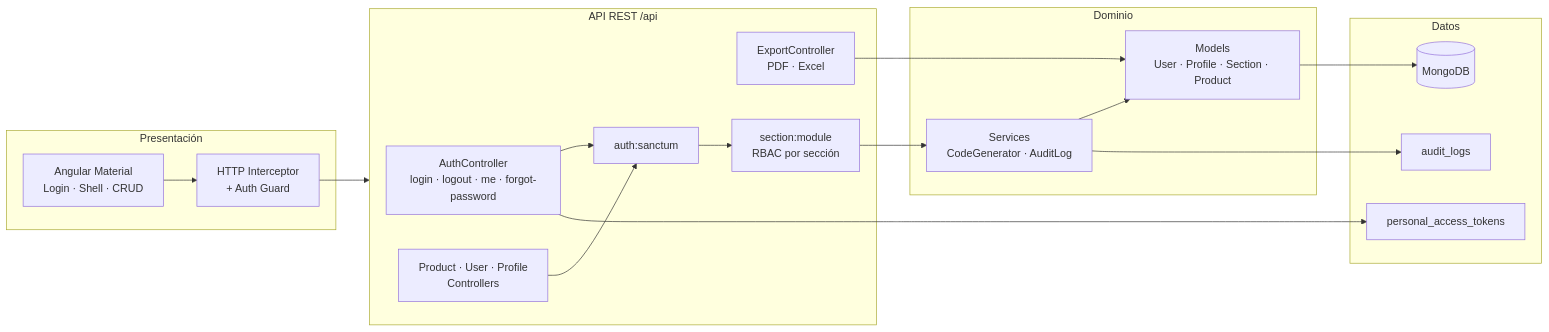
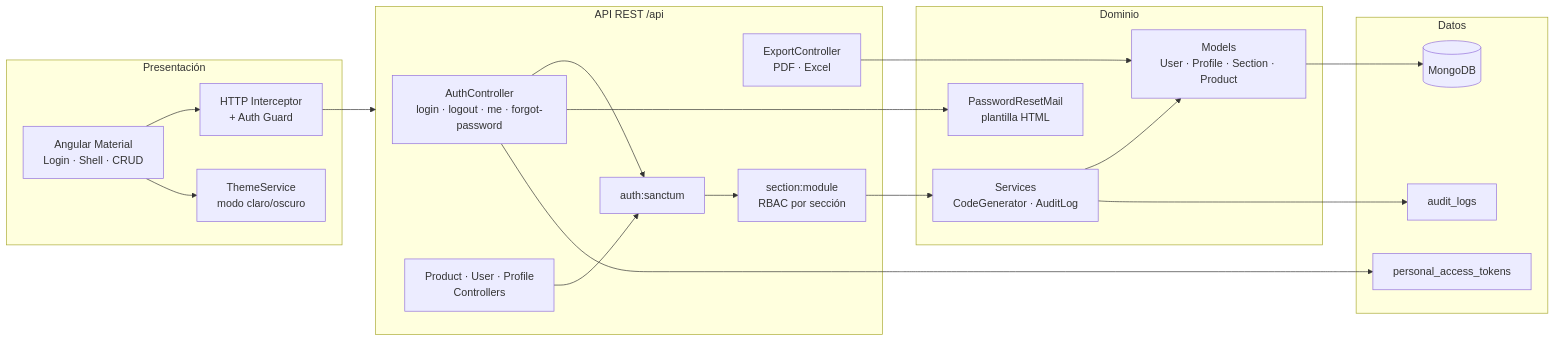
One commit to Migue716/Examen-Tap-Terminal changed the second of 5 diagrams in ARCHITECTURE.md. Above: the diagram before and after it, drawn with Mermaid. The commit also changed other lines of this file, not shown here.

````diff
--- a/ARCHITECTURE.md
+++ b/ARCHITECTURE.md
@@ -58,34 +97,38 @@
 ```mermaid
 flowchart LR
     subgraph Presentación
         UI["Angular Material<br/>Login · Shell · CRUD"]
         INT["HTTP Interceptor<br/>+ Auth Guard"]
+        TH["ThemeService<br/>modo claro/oscuro"]
     end
 
     subgraph API["API REST /api"]
         AUTH["AuthController<br/>login · logout · me · forgot-password"]
         CRUD["Product · User · Profile<br/>Controllers"]
         EXP["ExportController<br/>PDF · Excel"]
         MW1["auth:sanctum"]
         MW2["section:module<br/>RBAC por sección"]
     end
 
     subgraph Dominio
         SVC["Services<br/>CodeGenerator · AuditLog"]
+        MAIL["PasswordResetMail<br/>plantilla HTML"]
         MDL["Models<br/>User · Profile · Section · Product"]
     end
 
     subgraph Datos
         MONGO[(MongoDB)]
         TOK["personal_access_tokens"]
         AUD["audit_logs"]
     end
 
     UI --> INT --> API
+    UI --> TH
     AUTH --> MW1
+    AUTH --> MAIL
     CRUD --> MW1 --> MW2
     MW2 --> SVC --> MDL --> MONGO
     AUTH --> TOK
     SVC --> AUD
     EXP --> MDL
 ```
````
